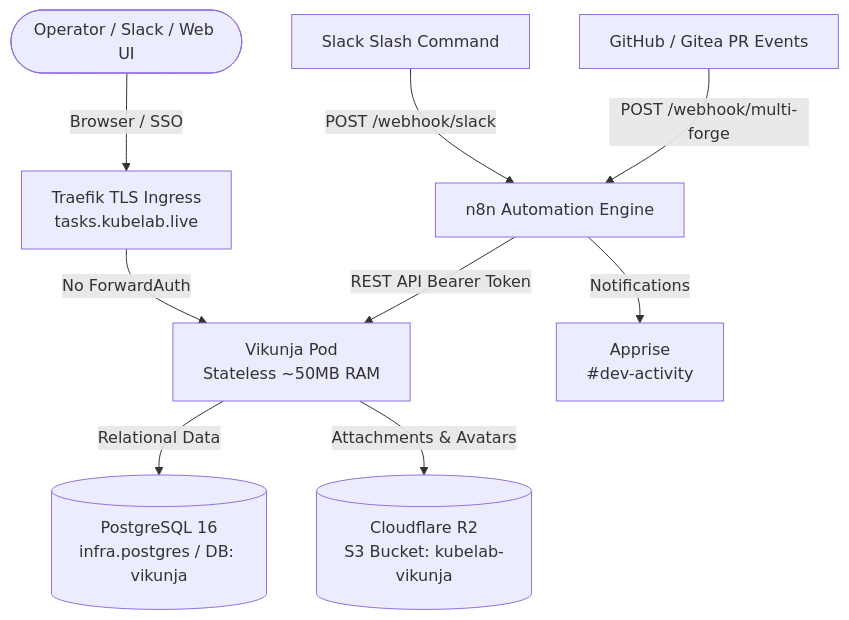
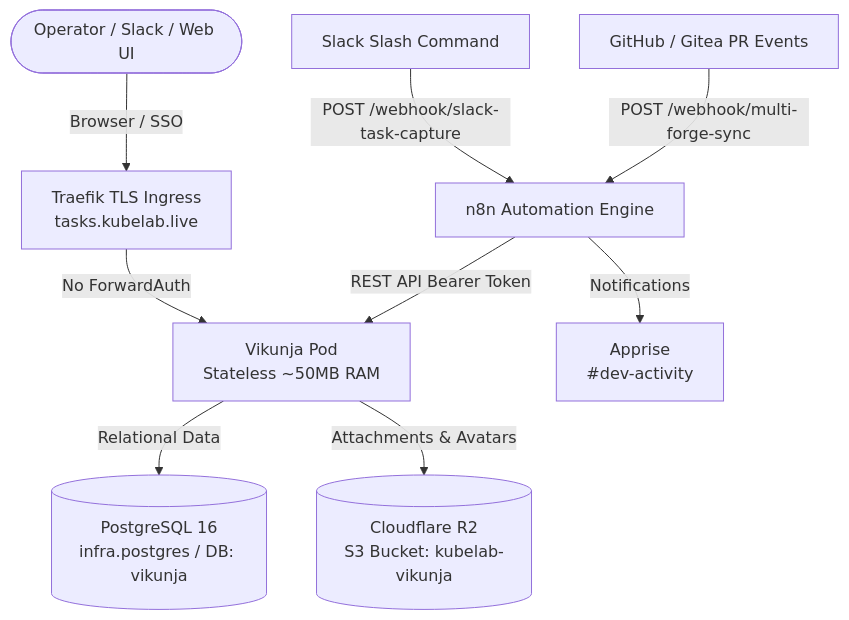
The diagram in docs/runbooks/vikunja-task-platform.md (mlorentedev/kubelab), drawn with Mermaid before and after one commit. The commit also changed 10 other files, not shown here.

````diff
--- a/docs/runbooks/vikunja-task-platform.md
+++ b/docs/runbooks/vikunja-task-platform.md
@@ -13,14 +13,14 @@
 ```mermaid
 flowchart TD
     User([Operator / Slack / Web UI]) -->|Browser / SSO| Ingress[Traefik TLS Ingress\ntasks.kubelab.live]
-    Slack[Slack Slash Command] -->|POST /webhook/slack| n8n[n8n Automation Engine]
-    Forges[GitHub / Gitea PR Events] -->|POST /webhook/multi-forge| n8n
+    Slack[Slack Slash Command] -->|POST /webhook/slack-task-capture| n8n[n8n Automation Engine]
+    Forges[GitHub / Gitea PR Events] -->|POST /webhook/multi-forge-sync| n8n
     
     Ingress -->|No ForwardAuth| Vikunja[Vikunja Pod\nStateless ~50MB RAM]
     n8n -->|REST API Bearer Token| Vikunja
     
     Vikunja -->|Relational Data| Postgres[(PostgreSQL 16\ninfra.postgres / DB: vikunja)]
     Vikunja -->|Attachments & Avatars| R2[(Cloudflare R2\nS3 Bucket: kubelab-vikunja)]
     
     n8n -->|Notifications| Apprise[Apprise\n#dev-activity]
 ```
````
